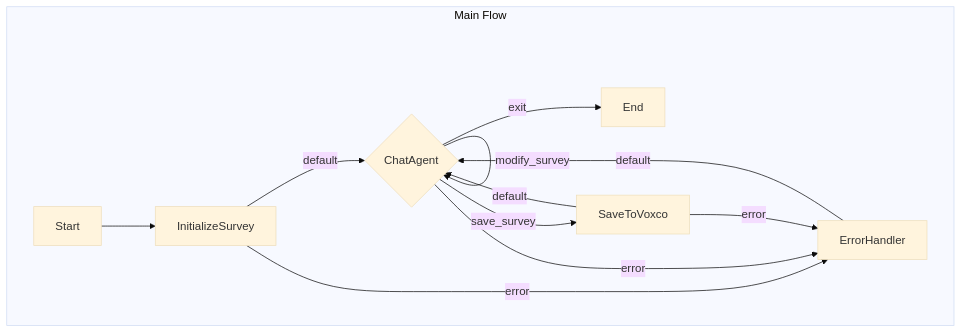
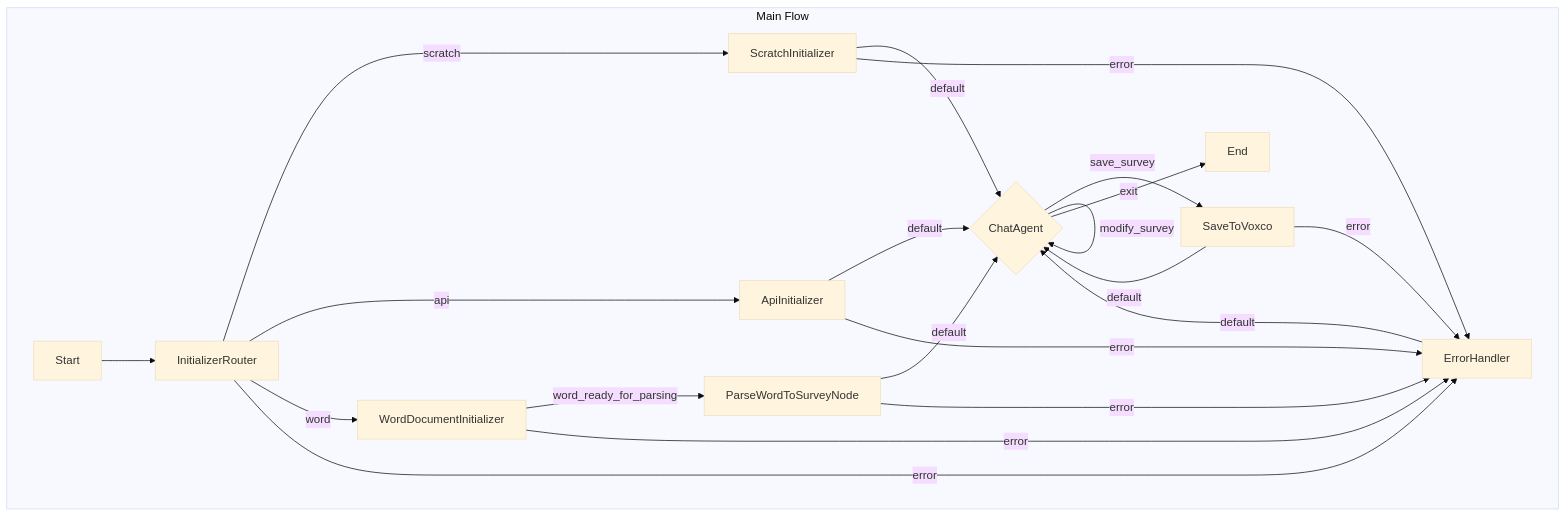
The diagram in docs/design.md (erdemergin/voxcosurveybot-2), drawn with Mermaid (base theme) before and after one commit. The commit also changed other lines of this file and 13 other files, not shown here.

````diff
--- a/docs/design.md
+++ b/docs/design.md
@@ -69,17 +111,30 @@
 ```mermaid
 flowchart TD
     subgraph Main Flow
         direction LR
-        Start --> Init[InitializeSurvey]
-        Init -- default --> Agent{ChatAgent}
+        Start --> Router[InitializerRouter]
+        
+        Router -- scratch --> Scratch[ScratchInitializer]
+        Router -- api --> Api[ApiInitializer]
+        Router -- word --> Word[WordDocumentInitializer]
+        
+        Scratch -- default --> Agent{ChatAgent}
+        Api -- default --> Agent
+        Word -- word_ready_for_parsing --> ParseWord[ParseWordToSurveyNode]
+        
+        ParseWord -- default --> Agent
+        ParseWord -- error --> Err[ErrorHandler]
+
         Agent -- modify_survey --> Agent
         Agent -- save_survey --> Save[SaveToVoxco]
         Save -- default --> Agent
         Agent -- exit --> End[End]
 
-        Init -- error --> Err[ErrorHandler]
-        Agent -- error --> Err
+        Router -- error --> Err
+        Scratch -- error --> Err
+        Api -- error --> Err
+        Word -- error --> Err
         Save -- error --> Err
         Err -- default --> Agent
     end
 ```
````
